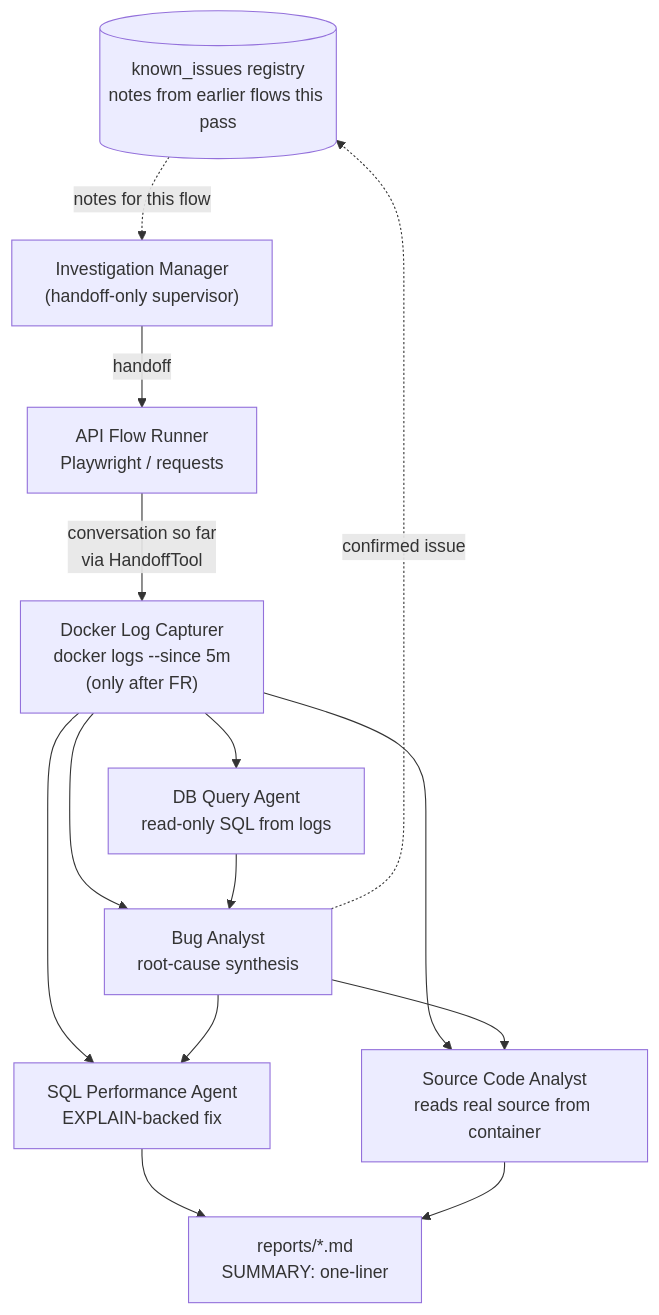
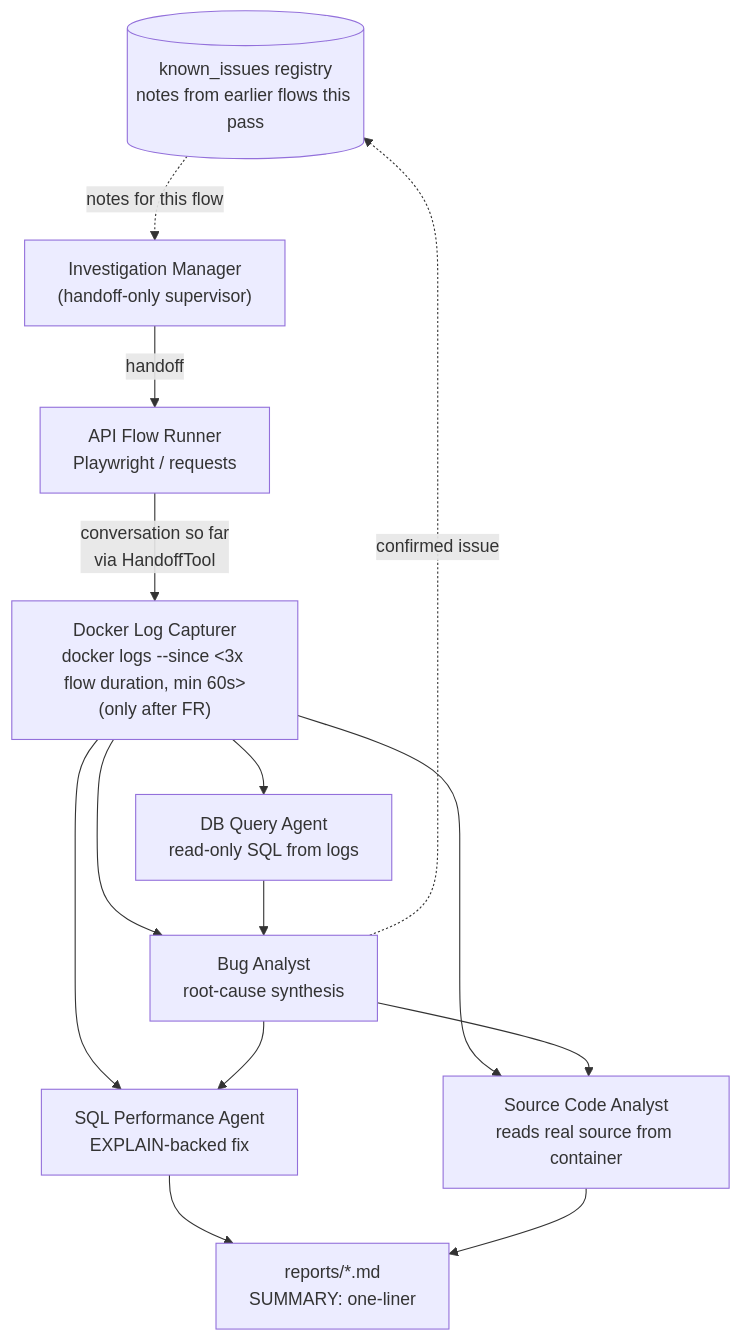
One commit to debaditya-mohankudo/bee-bug-hunter changed the diagram in README.md. Above: the diagram before and after it, drawn with Mermaid.

````diff
--- a/README.md
+++ b/README.md
@@ -25,26 +25,26 @@
 ```mermaid
 flowchart TD
     KI[("known_issues registry<br/>notes from earlier flows this pass")]
     M["Investigation Manager<br/>(handoff-only supervisor)"]
     FR["API Flow Runner<br/>Playwright / requests"]
-    LC["Docker Log Capturer<br/>docker logs --since 5m<br/>(only after FR)"]
+    LC["Docker Log Capturer<br/>docker logs --since &lt;3x flow duration, min 60s&gt;<br/>(only after FR)"]
     DB["DB Query Agent<br/>read-only SQL from logs"]
     BA["Bug Analyst<br/>root-cause synthesis"]
     SP["SQL Performance Agent<br/>EXPLAIN-backed fix"]
     SC["Source Code Analyst<br/>reads real source from container"]
     R["reports/*.md<br/>SUMMARY: one-liner"]
 
     KI -.->|notes for this flow| M
     M -->|handoff| FR
     FR -->|conversation so far<br/>via HandoffTool| LC
     LC --> DB
     LC --> BA
     LC --> SP
     LC --> SC
     DB --> BA
     BA -.->|confirmed issue| KI
     BA --> SP
     BA --> SC
     SP --> R
     SC --> R
 ```
````
